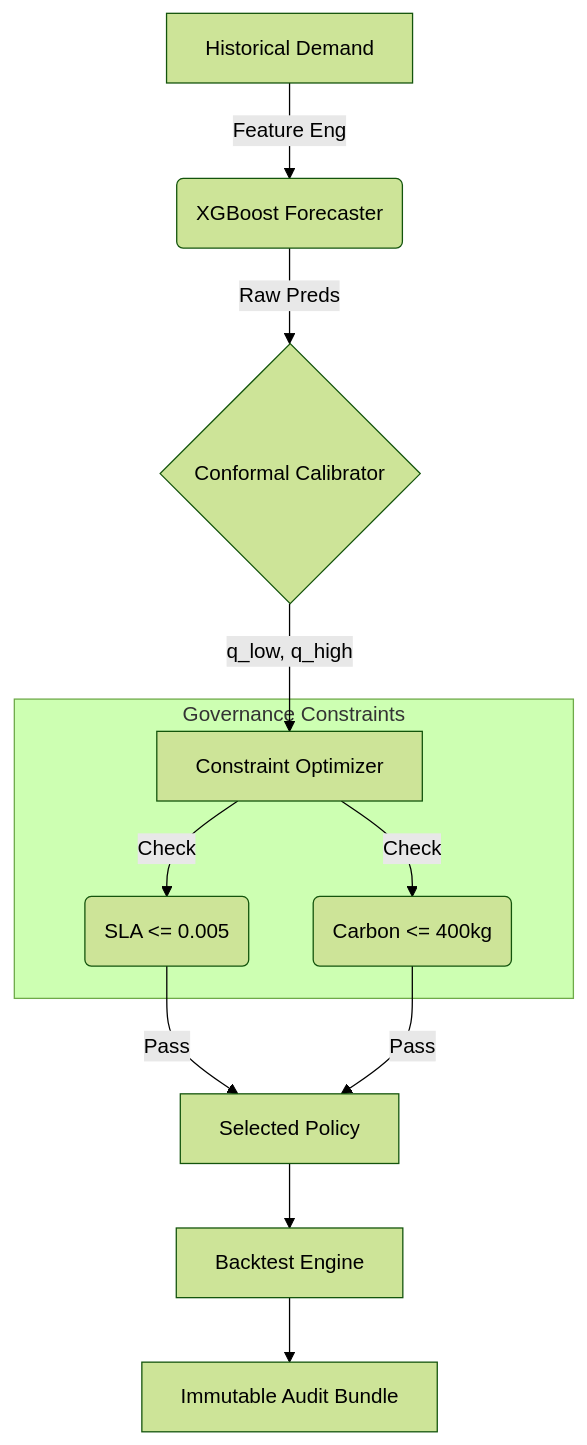
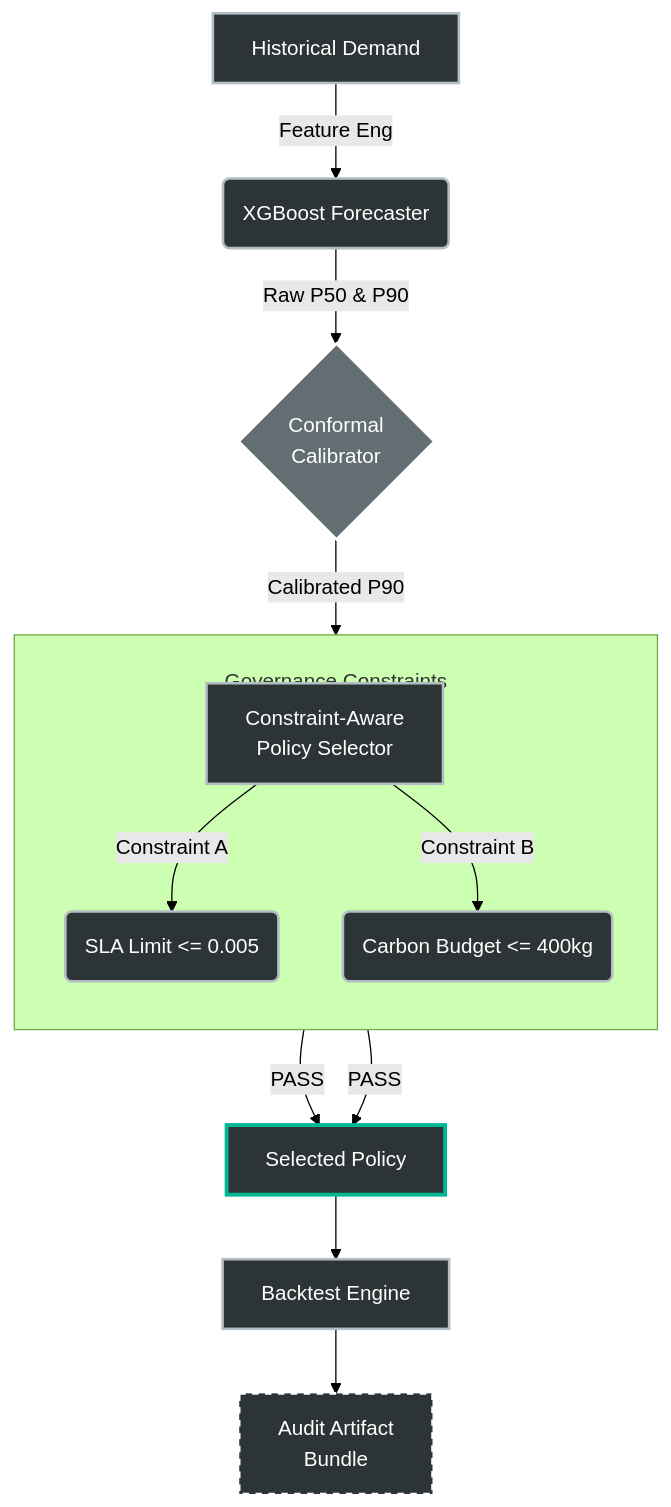
The diagram in README.md (ninjaturtlee/g-zero), drawn with Mermaid (forest theme) before and after one commit. The commit also changed other lines of this file, not shown here.

Commit message:
Update README.md architecture

````diff
--- a/README.md
+++ b/README.md
@@ -70,17 +85,36 @@
 ```mermaid
 graph TD
+    %% Define Global Professional Style
+    classDef base fill:#2d3436,stroke:#b2bec3,stroke-width:2px,color:#ffffff;
+    classDef highlight fill:#636e72,stroke:#ffffff,stroke-width:2px,color:#ffffff;
+    classDef decision fill:#2d3436,stroke:#00b894,stroke-width:3px,color:#ffffff;
+    classDef artifact fill:#2d3436,stroke:#ffffff,stroke-width:2px,stroke-dasharray: 5 5,color:#ffffff;
+
+    %% Data Ingestion
     A[Historical Demand] -->|Feature Eng| B(XGBoost Forecaster)
-    B -->|Raw Preds| C{Conformal Calibrator}
-    C -->|q_low, q_high| D[Constraint Optimizer]
     
-    subgraph "Governance Constraints"
-    D -->|Check| E(SLA <= 0.005)
-    D -->|Check| F(Carbon <= 400kg)
+    %% Calibration
+    B -->|Raw P50 & P90| C{Conformal<br/>Calibrator}
+    C -->|Calibrated P90| D[Constraint-Aware<br/>Policy Selector]
+    
+    %% Governance Block with vertical "breathing room"
+    subgraph Governance ["<br/>Governance Constraints<br/>"]
+        direction TB
+        D -->|Constraint A| E(SLA Limit <= 0.005)
+        D -->|Constraint B| F(Carbon Budget <= 400kg)
     end
     
-    E -->|Pass| G[Selected Policy]
-    F -->|Pass| G
+    %% Decision Status
+    E -->|PASS| G[Selected Policy]
+    F -->|PASS| G
+    
+    %% Output
     G --> H[Backtest Engine]
-    H --> I[Immutable Audit Bundle]
-
+    H --> I[Audit Artifact<br/>Bundle]
+    
+    %% Apply Styles
+    class A,B,D,E,F,H base;
+    class C highlight;
+    class G decision;
+    class I artifact;
 ```
````
